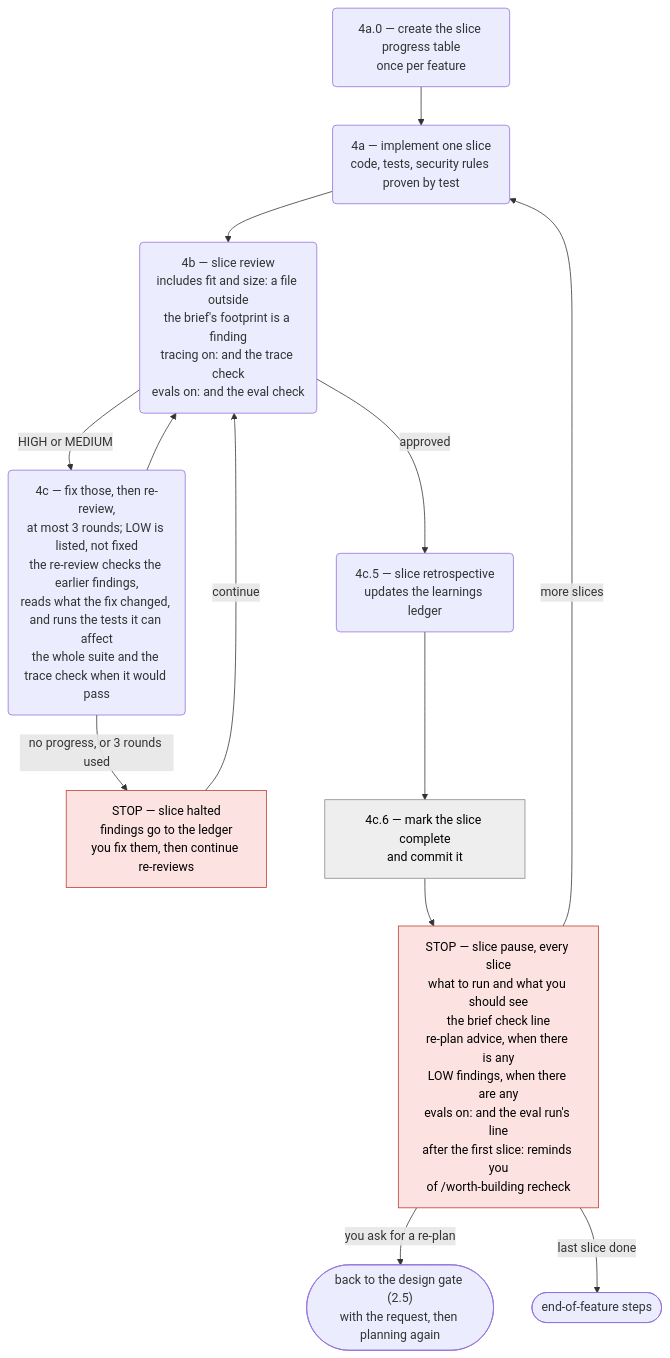
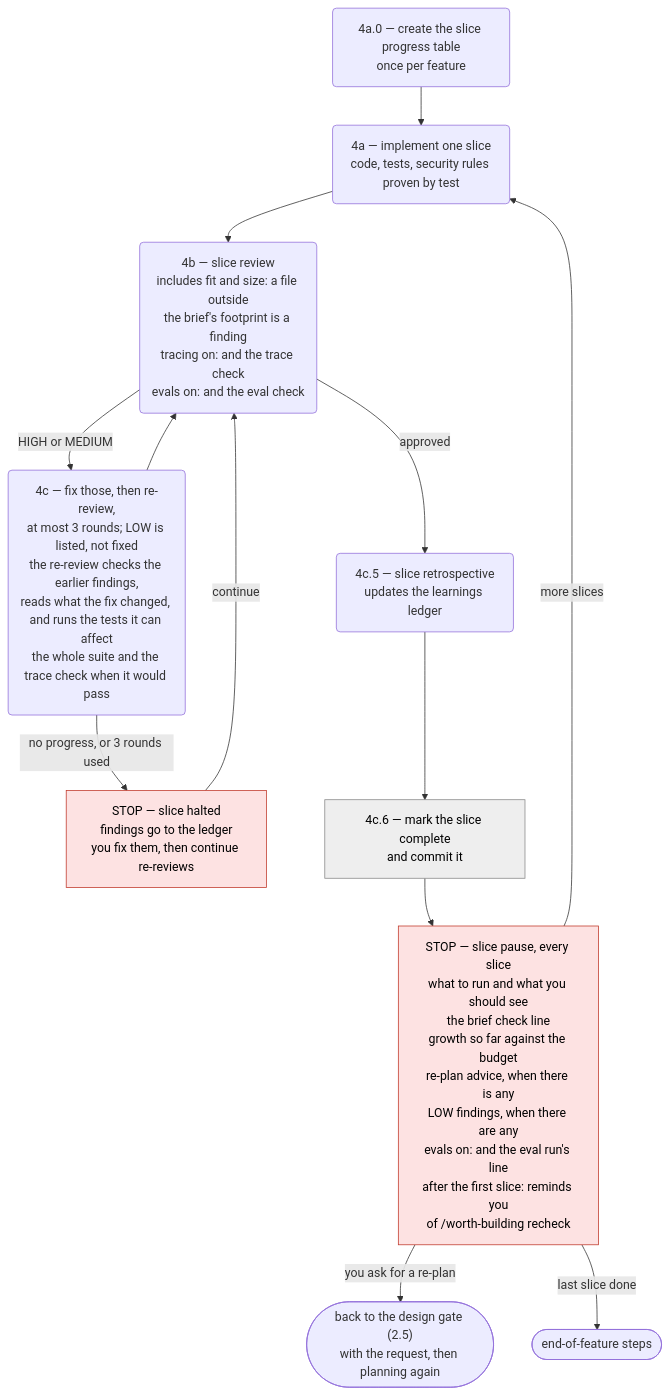
Before and after one commit to pablooliva/claude-plugins: the third of 4 diagrams in agent-engineering/docs/sdd-flow-diagram.md, drawn with Mermaid. The commit also changed other lines of this file and 22 other files, not shown here.

````diff
--- a/agent-engineering/docs/sdd-flow-diagram.md
+++ b/agent-engineering/docs/sdd-flow-diagram.md
@@ -96,18 +96,18 @@
 ```mermaid
 flowchart TD
     scaffold("4a.0 — create the slice progress table<br/>once per feature") --> impl("4a — implement one slice<br/>code, tests, security rules proven by test")
     impl --> review("4b — slice review<br/>includes fit and size: a file outside<br/>the brief's footprint is a finding<br/>tracing on: and the trace check<br/>evals on: and the eval check")
     review -- "HIGH or MEDIUM" --> fix("4c — fix those, then re-review,<br/>at most 3 rounds; LOW is listed, not fixed<br/>the re-review checks the earlier findings,<br/>reads what the fix changed, and runs the tests it can affect<br/>the whole suite and the trace check when it would pass")
     fix --> review
     fix -- "no progress, or 3 rounds used" --> halt["STOP — slice halted<br/>findings go to the ledger<br/>you fix them, then continue re-reviews"]:::stop
     halt -- "continue" --> review
     review -- "approved" --> retro("4c.5 — slice retrospective<br/>updates the learnings ledger")
     retro --> commit["4c.6 — mark the slice complete<br/>and commit it"]:::orch
-    commit --> pause["STOP — slice pause, every slice<br/>what to run and what you should see<br/>the brief check line<br/>re-plan advice, when there is any<br/>LOW findings, when there are any<br/>evals on: and the eval run's line<br/>after the first slice: reminds you<br/>of /worth-building recheck"]:::stop
+    commit --> pause["STOP — slice pause, every slice<br/>what to run and what you should see<br/>the brief check line<br/>growth so far against the budget<br/>re-plan advice, when there is any<br/>LOW findings, when there are any<br/>evals on: and the eval run's line<br/>after the first slice: reminds you<br/>of /worth-building recheck"]:::stop
     pause -- "you ask for a re-plan" --> replan(["back to the design gate (2.5)<br/>with the request, then planning again"])
     pause -- "more slices" --> impl
     pause -- "last slice done" --> eof(["end-of-feature steps"])
 
     classDef stop fill:#fde2e2,stroke:#c0392b,color:#000
     classDef orch fill:#eeeeee,stroke:#888888,color:#000
 ```
````
